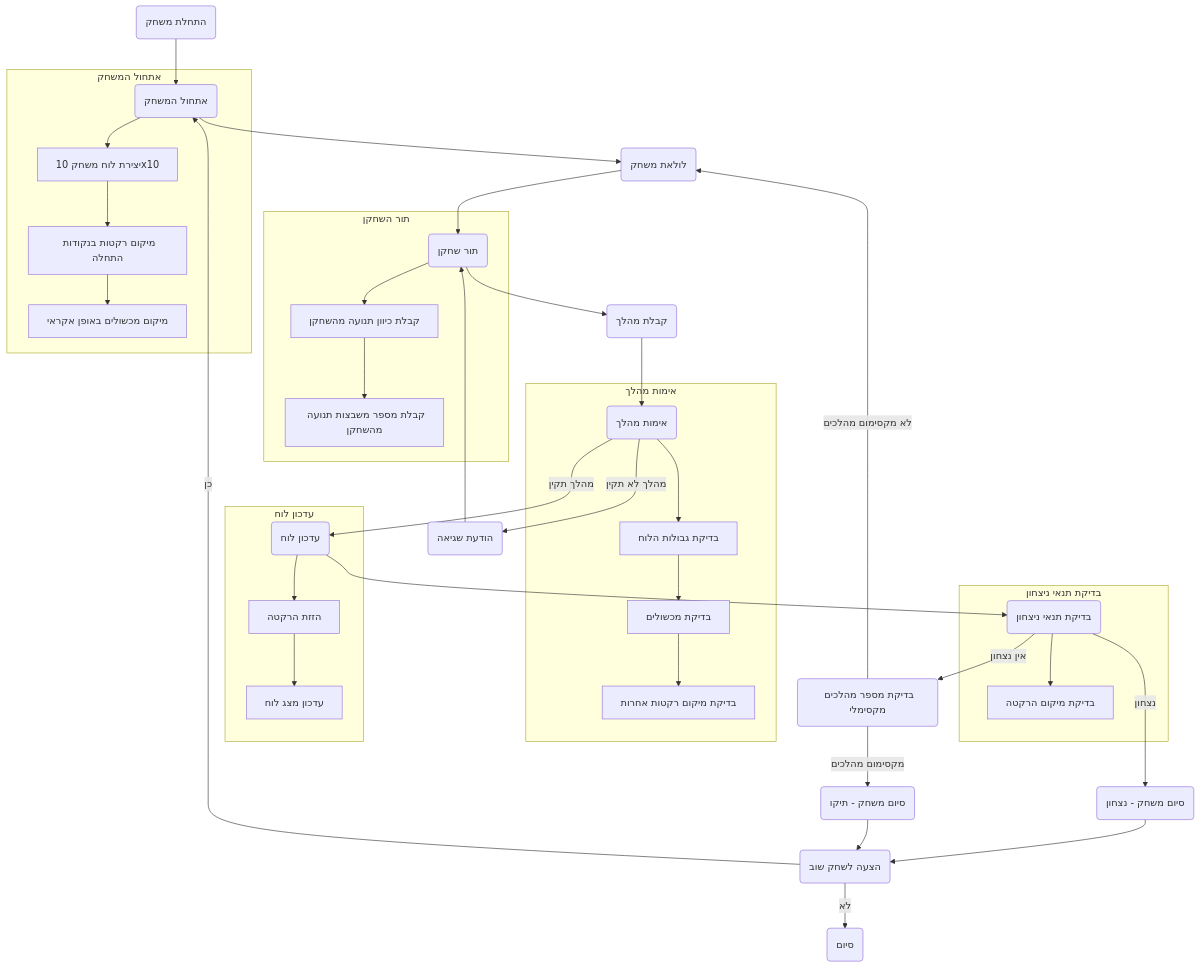
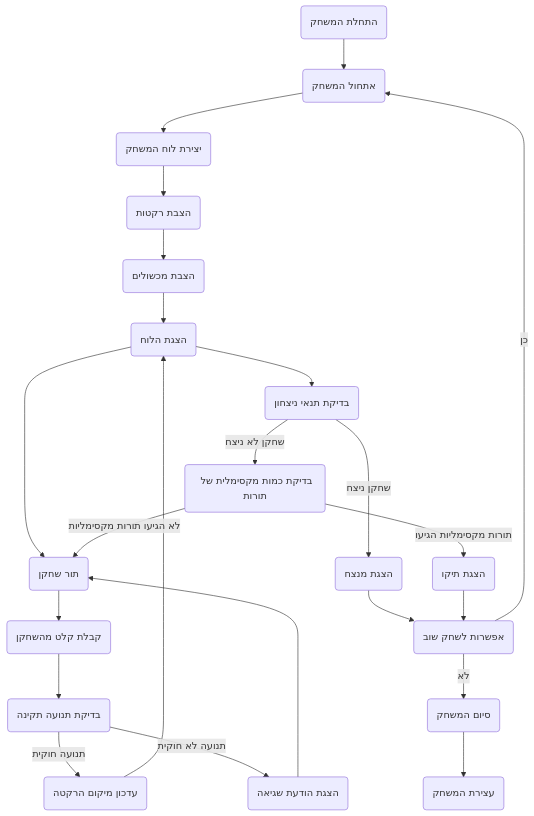
One commit to hypo69/hypo changed the diagram in docs/gemini/he/explainer/src/endpoints/ai_games/101_basic_computer_games/ru/rules/75_rocket.ru.md.md. Above: the diagram before and after it, drawn with Mermaid. The commit also changed other lines of this file and 885 other files, not shown here.

````diff
--- a/docs/gemini/he/explainer/src/endpoints/ai_games/101_basic_computer_games/ru/rules/75_rocket.ru.md.md
+++ b/docs/gemini/he/explainer/src/endpoints/ai_games/101_basic_computer_games/ru/rules/75_rocket.ru.md.md
@@ -44,49 +45,27 @@
 ```mermaid
 flowchart TD
-    Start(התחלת משחק) --> Init(אתחול המשחק);
-    Init --> GameLoop(לולאת משחק);
-    GameLoop --> PlayerTurn(תור שחקן);
-    PlayerTurn --> GetMove(קבלת מהלך);
-    GetMove --> ValidateMove(אימות מהלך);
-    ValidateMove -- מהלך תקין --> UpdateBoard(עדכון לוח);
-    ValidateMove -- מהלך לא תקין --> ErrorMessage(הודעת שגיאה);
-     ErrorMessage --> PlayerTurn;
-    UpdateBoard --> CheckWinCondition(בדיקת תנאי ניצחון);
-     CheckWinCondition -- נצחון --> EndGameWin(סיום משחק - נצחון);
-    CheckWinCondition -- אין נצחון --> CheckMaxTurns(בדיקת מספר מהלכים מקסימלי);
-     CheckMaxTurns -- מקסימום מהלכים --> EndGameTie(סיום משחק - תיקו);
-    CheckMaxTurns -- לא מקסימום מהלכים --> GameLoop;
-     EndGameWin --> PlayAgain(הצעה לשחק שוב);
-     EndGameTie --> PlayAgain;
-    PlayAgain -- כן --> Init;
-     PlayAgain -- לא --> End(סיום);
-     
-    
-    subgraph "אתחול המשחק"
-    Init --> CreateBoard[יצירת לוח משחק 10x10]
-    CreateBoard --> PlaceRockets[מיקום רקטות בנקודות התחלה]
-    PlaceRockets --> PlaceObstacles[מיקום מכשולים באופן אקראי]
-    end
-   
-    subgraph "תור השחקן"
-    PlayerTurn --> GetDirection[קבלת כיוון תנועה מהשחקן]
-    GetDirection --> GetMovesCount[קבלת מספר משבצות תנועה מהשחקן]
-        
-    end
-    
-    subgraph "אימות מהלך"
-    ValidateMove --> CheckBoardBounds[בדיקת גבולות הלוח]
-        CheckBoardBounds --> CheckObstacles[בדיקת מכשולים]
-      CheckObstacles --> CheckOtherRockets[בדיקת מיקום רקטות אחרות]
-    end
+    Start(התחלת המשחק) --> InitializeGame(אתחול המשחק);
+    InitializeGame --> CreateBoard(יצירת לוח המשחק);
+    CreateBoard --> PlaceRockets(הצבת רקטות);
+    PlaceRockets --> PlaceObstacles(הצבת מכשולים);
+    PlaceObstacles --> DisplayBoard(הצגת הלוח);
+    DisplayBoard --> PlayerTurn(תור שחקן);
+    PlayerTurn --> GetPlayerInput(קבלת קלט מהשחקן);
+    GetPlayerInput --> ValidateMove(בדיקת תנועה תקינה);
+    ValidateMove -- תנועה חוקית --> UpdateRocketPosition(עדכון מיקום הרקטה);
+    ValidateMove -- תנועה לא חוקית --> DisplayError(הצגת הודעת שגיאה);
+    DisplayError --> PlayerTurn;
+    UpdateRocketPosition --> DisplayBoard;
+    DisplayBoard --> CheckWinCondition(בדיקת תנאי ניצחון);
+    CheckWinCondition -- שחקן ניצח --> DisplayWinner(הצגת מנצח);
+        CheckWinCondition -- שחקן לא ניצח --> CheckMaxTurns(בדיקת כמות מקסימלית של תורות);
+    CheckMaxTurns -- תורות מקסימליות הגיעו --> DisplayDraw(הצגת תיקו);
+    CheckMaxTurns -- לא הגיעו תורות מקסימליות --> PlayerTurn;
+    DisplayWinner --> PlayAgain(אפשרות לשחק שוב);
+    DisplayDraw --> PlayAgain;
+    PlayAgain -- כן --> InitializeGame;
+    PlayAgain -- לא --> EndGame(סיום המשחק);
+    EndGame --> Stop(עצירת המשחק);
 
-    subgraph "עדכון לוח"
-    UpdateBoard --> MoveRocket[הזזת הרקטה]
-     MoveRocket --> UpdateBoardUI[עדכון מצג לוח]
-    end
-    
-    subgraph "בדיקת תנאי ניצחון"
-        CheckWinCondition --> CheckRocketPosition[בדיקת מיקום הרקטה]
-    end
-    
+
 ```
````
